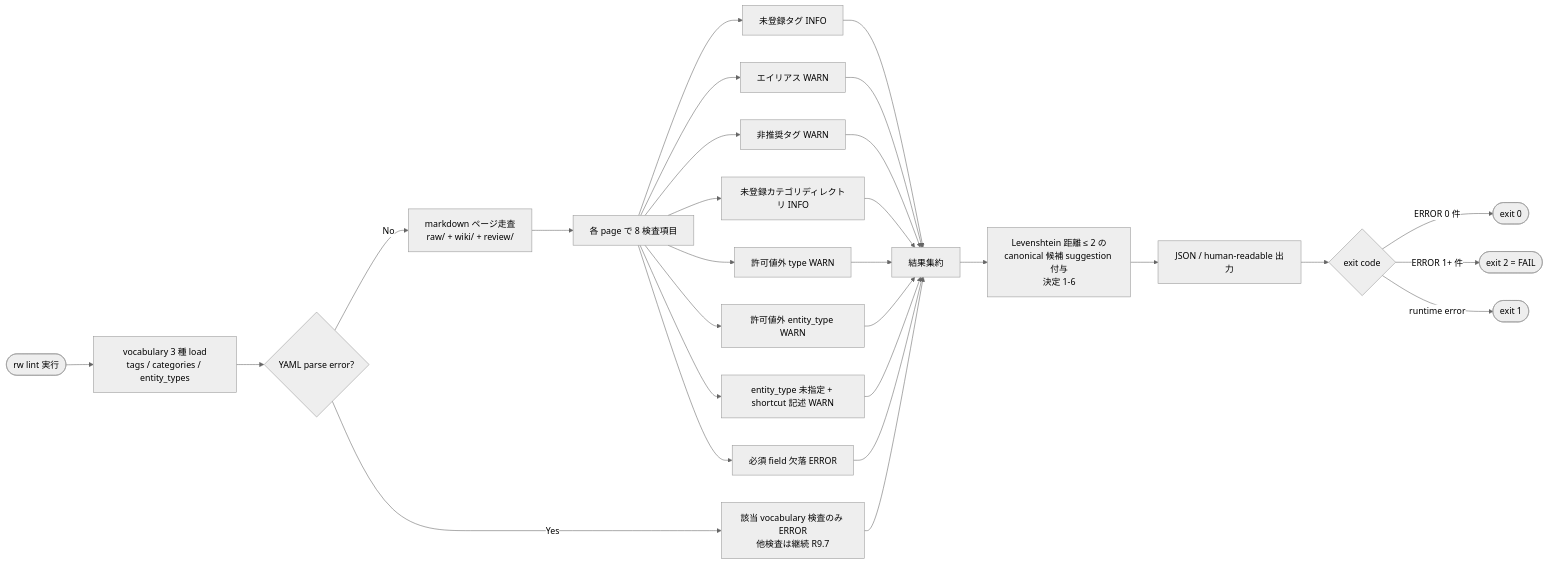
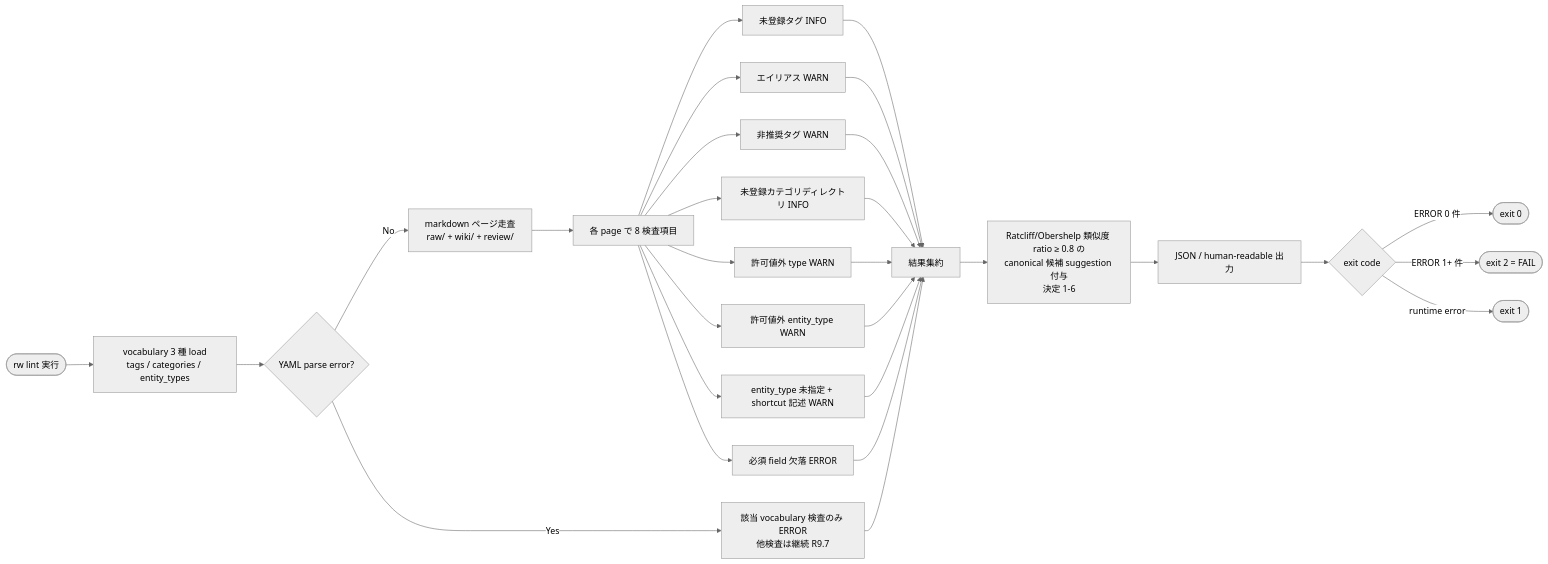
The third of 6 diagrams in .kiro/specs/rwiki-v2-classification/design.md (kenoogl/Rwiki-dev), drawn with Mermaid (neutral theme) before and after one commit. The commit also changed other lines of this file, not shown here.

````diff
--- a/.kiro/specs/rwiki-v2-classification/design.md
+++ b/.kiro/specs/rwiki-v2-classification/design.md
@@ -245,31 +251,31 @@
 ```mermaid
 flowchart LR
   Trigger([rw lint 実行]) --> LoadVocab[vocabulary 3 種 load<br>tags / categories / entity_types]
   LoadVocab --> ParseError{YAML parse error?}
   ParseError -->|Yes| FailSoft[該当 vocabulary 検査のみ ERROR<br>他検査は継続 R9.7]
   ParseError -->|No| WalkPages[markdown ページ走査<br>raw/ + wiki/ + review/]
   WalkPages --> CheckEach[各 page で 8 検査項目]
   CheckEach --> CheckTags[未登録タグ INFO]
   CheckEach --> CheckAlias[エイリアス WARN]
   CheckEach --> CheckDeprecated[非推奨タグ WARN]
   CheckEach --> CheckCategory[未登録カテゴリディレクトリ INFO]
   CheckEach --> CheckType[許可値外 type WARN]
   CheckEach --> CheckEntityType[許可値外 entity_type WARN]
   CheckEach --> CheckShortcut[entity_type 未指定 + shortcut 記述 WARN]
   CheckEach --> CheckRequired[必須 field 欠落 ERROR]
   CheckTags --> Aggregate[結果集約]
   CheckAlias --> Aggregate
   CheckDeprecated --> Aggregate
   CheckCategory --> Aggregate
   CheckType --> Aggregate
   CheckEntityType --> Aggregate
   CheckShortcut --> Aggregate
   CheckRequired --> Aggregate
   FailSoft --> Aggregate
-  Aggregate --> Suggest[Levenshtein 距離 ≤ 2 の<br>canonical 候補 suggestion 付与<br>決定 1-6]
+  Aggregate --> Suggest[Ratcliff/Obershelp 類似度 ratio ≥ 0.8 の<br>canonical 候補 suggestion 付与<br>決定 1-6]
   Suggest --> Output[JSON / human-readable 出力]
   Output --> ExitCode{exit code}
   ExitCode -->|ERROR 0 件| Exit0([exit 0])
   ExitCode -->|ERROR 1+ 件| Exit2([exit 2 = FAIL])
   ExitCode -->|runtime error| Exit1([exit 1])
 ```
````
